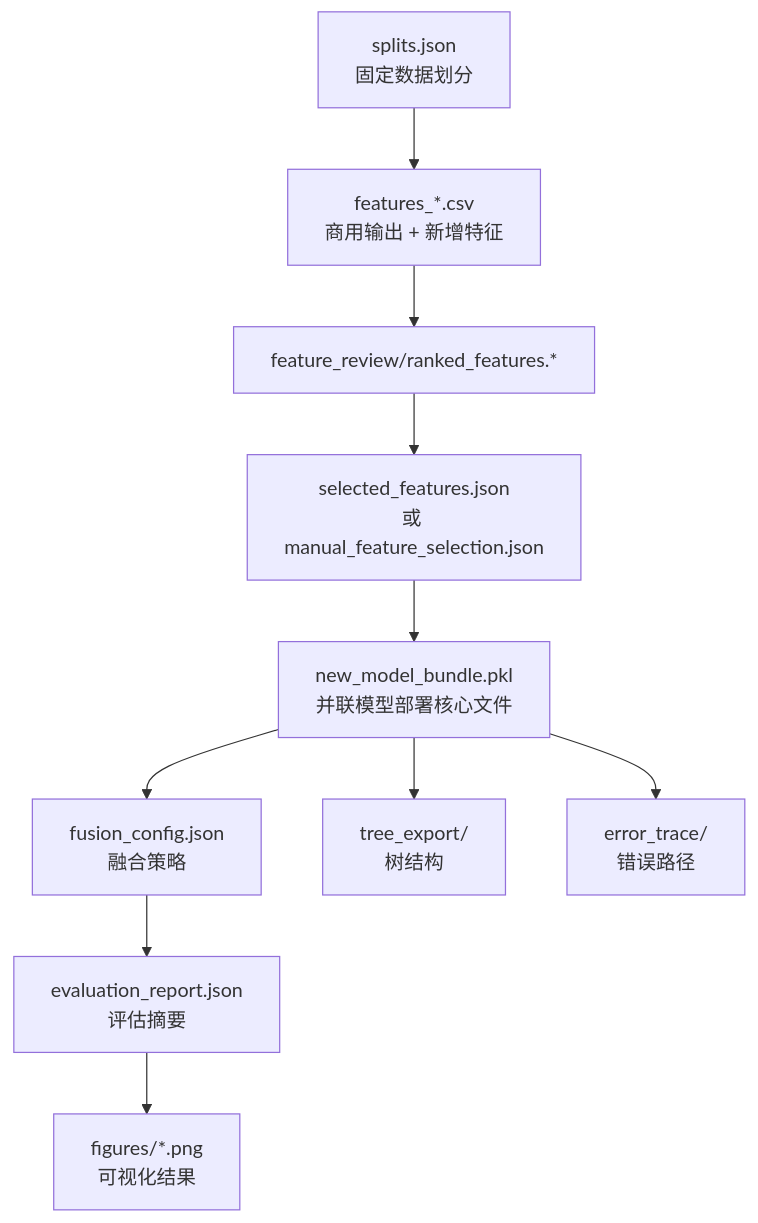
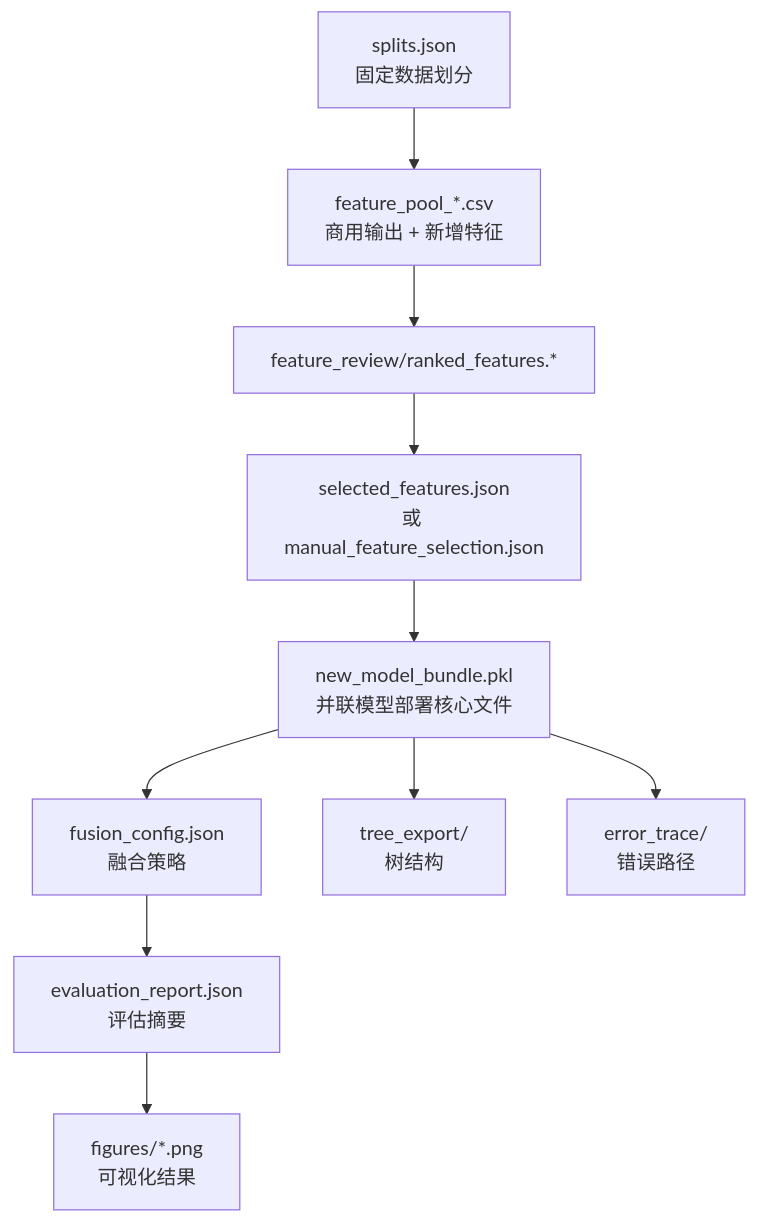
One commit to Amazing-hw/parallel changed the sixth of 6 diagrams in README.md. Above: the diagram before and after it, drawn with Mermaid. The commit also changed other lines of this file and 9 other files, not shown here.

````diff
--- a/README.md
+++ b/README.md
@@ -248,12 +258,12 @@
 ```mermaid
 flowchart TD
-    A["splits.json<br/>固定数据划分"] --> B["features_*.csv<br/>商用输出 + 新增特征"]
+    A["splits.json<br/>固定数据划分"] --> B["feature_pool_*.csv<br/>商用输出 + 新增特征"]
     B --> C["feature_review/ranked_features.*"]
     C --> D["selected_features.json<br/>或 manual_feature_selection.json"]
     D --> E["new_model_bundle.pkl<br/>并联模型部署核心文件"]
     E --> F["fusion_config.json<br/>融合策略"]
     F --> G["evaluation_report.json<br/>评估摘要"]
     E --> H["tree_export/<br/>树结构"]
     E --> I["error_trace/<br/>错误路径"]
     G --> J["figures/*.png<br/>可视化结果"]
 ```
````
